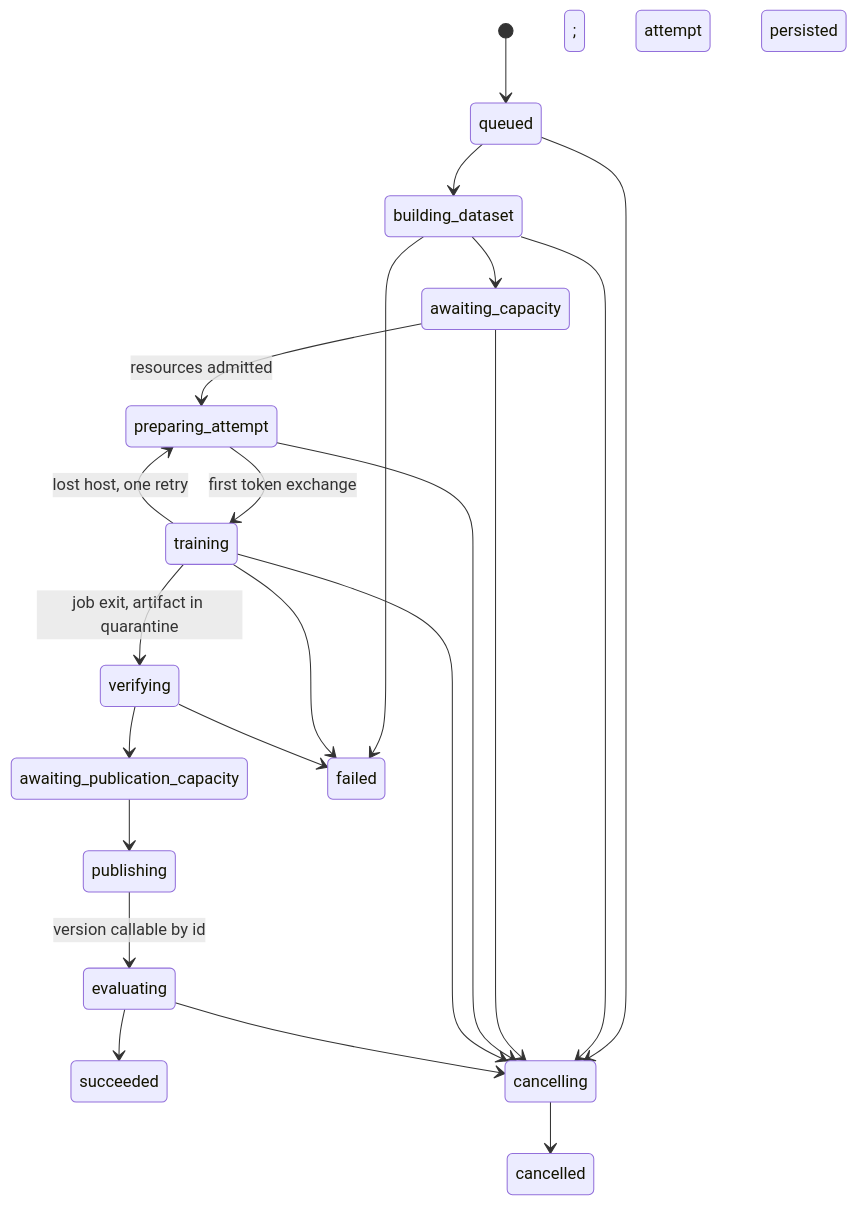
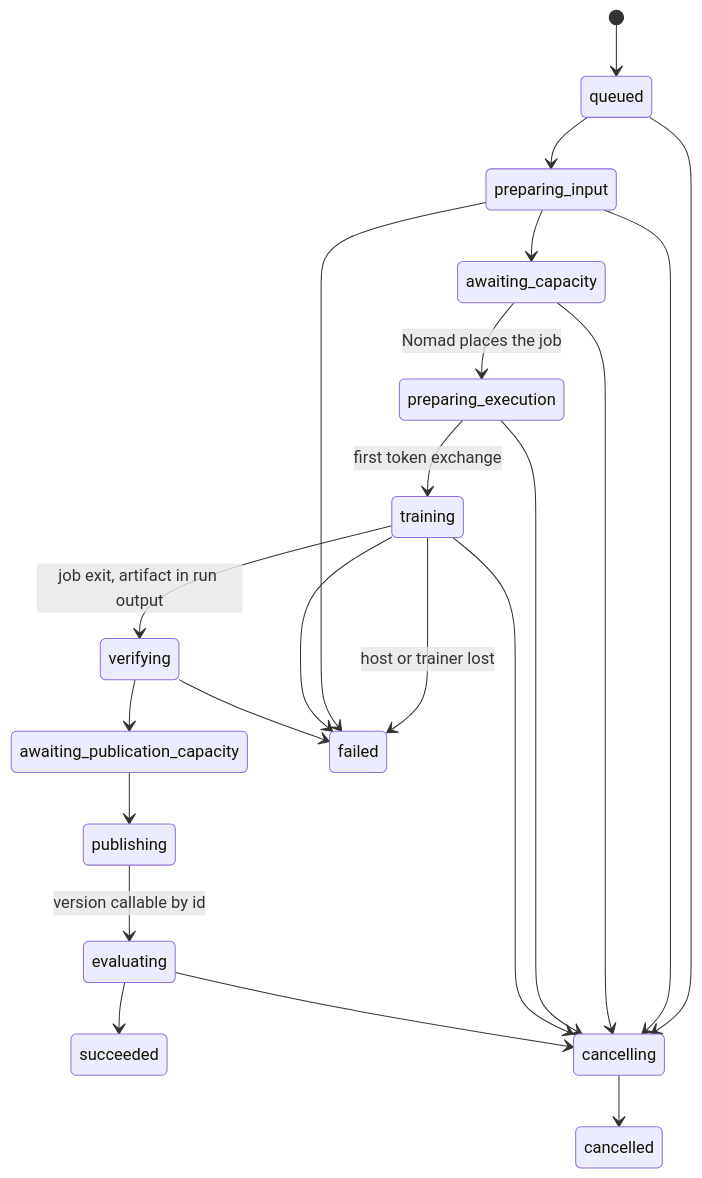
One commit to Gradiated/gradiated changed the second of 3 diagrams in docs/TASK_FINE_TUNING_RUN_CONTRACT.md. Above: the diagram before and after it, drawn with Mermaid. The commit also changed other lines of this file and 7 other files, not shown here.

First line of the commit message:
Simplify fine-tuning architecture and unify generation events (#44)

````diff
--- a/docs/TASK_FINE_TUNING_RUN_CONTRACT.md
+++ b/docs/TASK_FINE_TUNING_RUN_CONTRACT.md
@@ -100,24 +86,24 @@
 ```mermaid
 stateDiagram-v2
   [*] --> queued
-  queued --> building_dataset
-  building_dataset --> awaiting_capacity
-  awaiting_capacity --> preparing_attempt: resources admitted; attempt persisted
-  preparing_attempt --> training: first token exchange
-  training --> verifying: job exit, artifact in quarantine
+  queued --> preparing_input
+  preparing_input --> awaiting_capacity
+  awaiting_capacity --> preparing_execution: Nomad places the job
+  preparing_execution --> training: first token exchange
+  training --> verifying: job exit, artifact in run output
   verifying --> awaiting_publication_capacity
   awaiting_publication_capacity --> publishing
   publishing --> evaluating: version callable by id
   evaluating --> succeeded
-  training --> preparing_attempt: lost host, one retry
+  training --> failed: host or trainer lost
   queued --> cancelling
-  building_dataset --> cancelling
+  preparing_input --> cancelling
   awaiting_capacity --> cancelling
-  preparing_attempt --> cancelling
+  preparing_execution --> cancelling
   training --> cancelling
   evaluating --> cancelling
   cancelling --> cancelled
-  building_dataset --> failed
+  preparing_input --> failed
   training --> failed
   verifying --> failed
 ```
````
